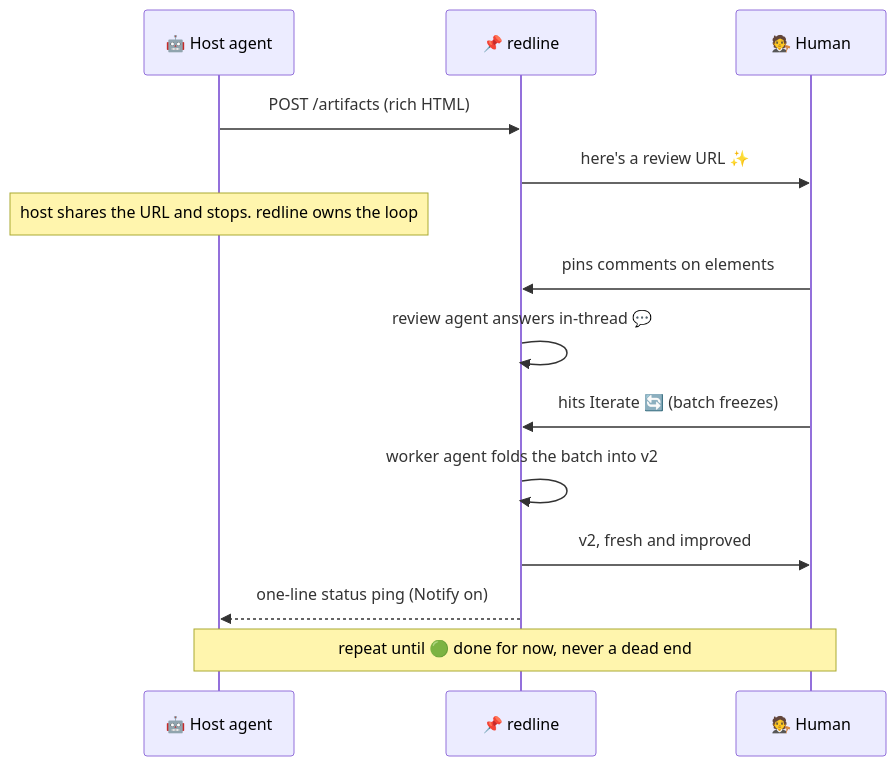
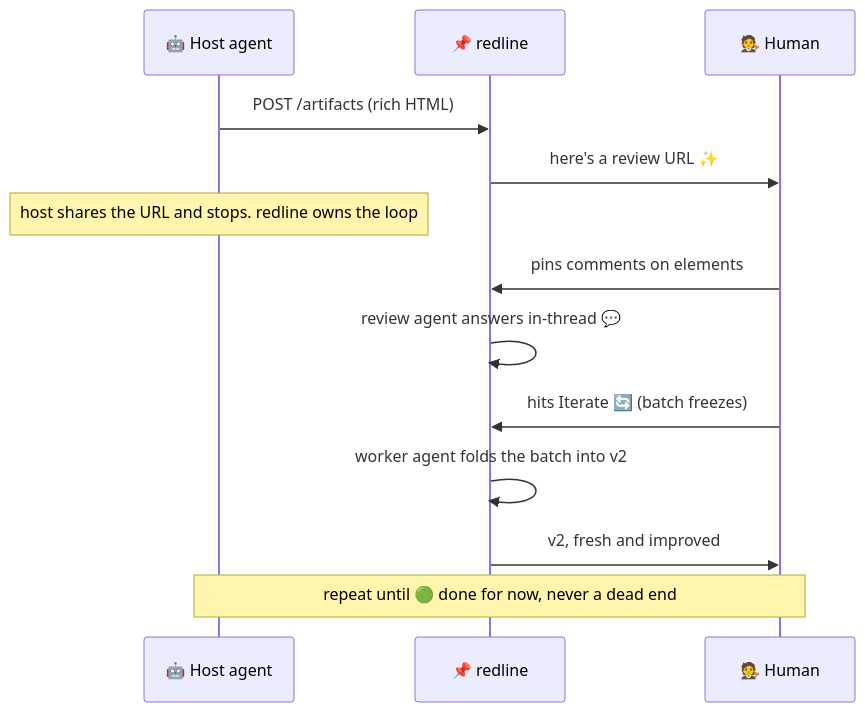
Before and after one commit to codenamegary/redline: the diagram in README.md, drawn with Mermaid. The commit also changed other lines of this file and 33 other files, not shown here.

````diff
--- a/README.md
+++ b/README.md
@@ -25,16 +25,15 @@
 ```mermaid
 sequenceDiagram
     participant A as 🤖 Host agent
     participant R as 📌 redline
     participant H as 🧑‍⚖️ Human
     A->>R: POST /artifacts (rich HTML)
     R->>H: here's a review URL ✨
     Note over A: host shares the URL and stops. redline owns the loop
     H->>R: pins comments on elements
     R->>R: review agent answers in-thread 💬
     H->>R: hits Iterate 🔄 (batch freezes)
     R->>R: worker agent folds the batch into v2
     R->>H: v2, fresh and improved
-    R-->>A: one-line status ping (Notify on)
     Note over A,H: repeat until 🟢 done for now, never a dead end
 ```
````
